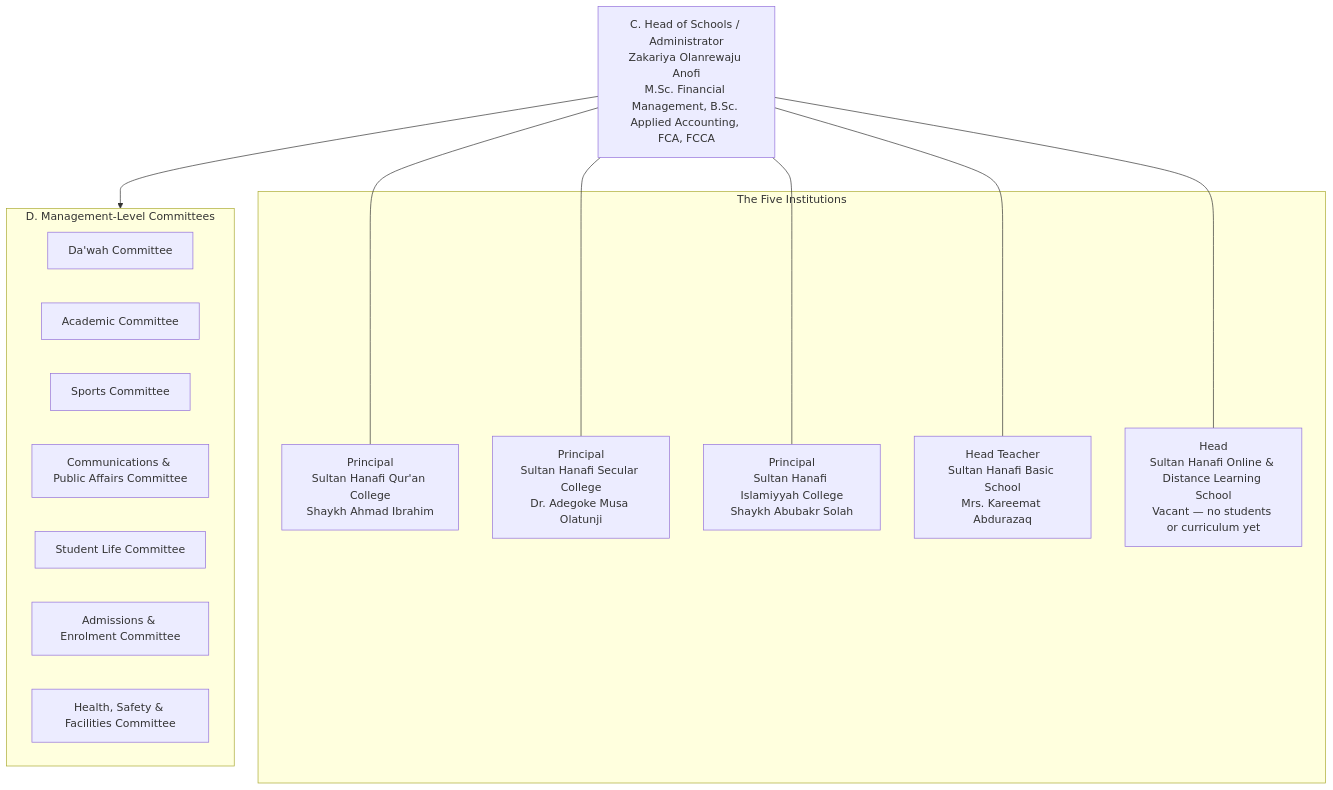
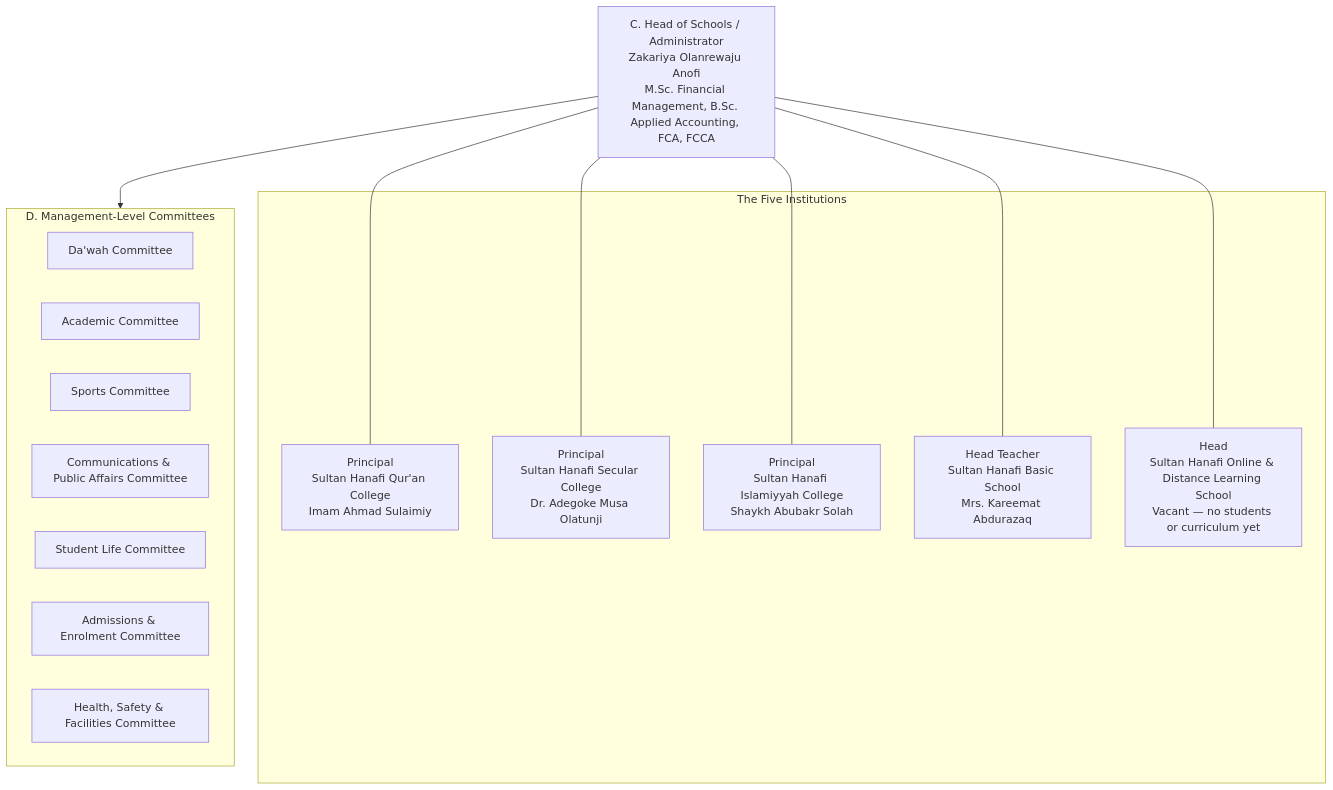
Before and after one commit to ahmadsulaimiy1/Sultan-: the third of 4 diagrams in docs/organisational-structure-manual.md, drawn with Mermaid. The commit also changed other lines of this file and 31 other files, not shown here.

````diff
--- a/docs/organisational-structure-manual.md
+++ b/docs/organisational-structure-manual.md
@@ -177,29 +177,29 @@
 ```mermaid
 flowchart TD
   HoS["C. Head of Schools / Administrator<br/>Zakariya Olanrewaju Anofi<br/>M.Sc. Financial Management, B.Sc. Applied Accounting, FCA, FCCA"]
 
   subgraph Institutions["The Five Institutions"]
-    P1["Principal<br/>Sultan Hanafi Qur'an College<br/>Shaykh Ahmad Ibrahim"]
+    P1["Principal<br/>Sultan Hanafi Qur'an College<br/>Imam Ahmad Sulaimiy"]
     P2["Principal<br/>Sultan Hanafi Secular College<br/>Dr. Adegoke Musa Olatunji"]
     P3["Principal<br/>Sultan Hanafi Islamiyyah College<br/>Shaykh Abubakr Solah"]
     P4["Head Teacher<br/>Sultan Hanafi Basic School<br/>Mrs. Kareemat Abdurazaq"]
     P5["Head<br/>Sultan Hanafi Online &amp; Distance Learning School<br/>Vacant — no students or curriculum yet"]
   end
 
   subgraph D["D. Management-Level Committees"]
     DW["Da'wah Committee"]
     AC["Academic Committee"]
     SP["Sports Committee"]
     CPA["Communications &amp; Public Affairs Committee"]
     SL["Student Life Committee"]
     AE["Admissions &amp; Enrolment Committee"]
     HSF["Health, Safety &amp; Facilities Committee"]
   end
 
   HoS --- P1
   HoS --- P2
   HoS --- P3
   HoS --- P4
   HoS --- P5
   HoS --> D
 ```
````
